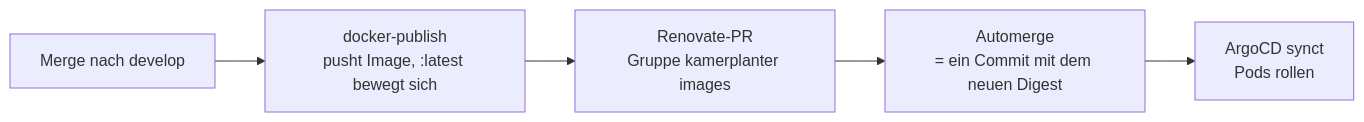
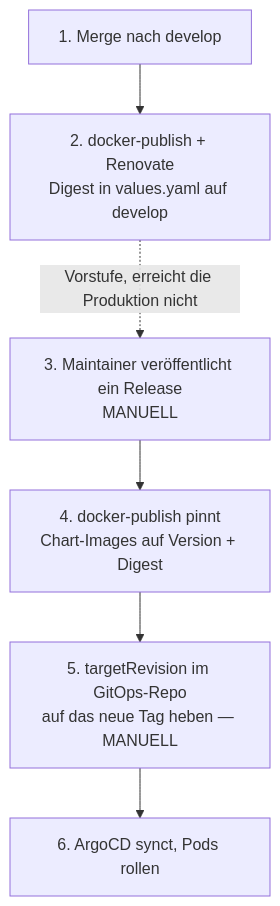
Before and after one commit to nolte/kamerplanter: the second of 2 diagrams in docs/de/deployment/ci-cd.md, drawn with Mermaid. The commit also changed other lines of this file and 5 other files, not shown here.

````diff
--- a/docs/de/deployment/ci-cd.md
+++ b/docs/de/deployment/ci-cd.md
@@ -424,7 +445,8 @@
 ```mermaid
-graph LR
-    A[Merge nach develop] --> B[docker-publish<br/>pusht Image, :latest bewegt sich]
-    B --> C[Renovate-PR<br/>Gruppe kamerplanter images]
-    C --> D[Automerge<br/>= ein Commit mit dem neuen Digest]
-    D --> E[ArgoCD synct<br/>Pods rollen]
+graph TD
+    A[1. Merge nach develop] --> B[2. docker-publish + Renovate<br/>Digest in values.yaml auf develop]
+    B -.Vorstufe, erreicht die Produktion nicht.-> C
+    C[3. Maintainer veröffentlicht ein Release<br/>MANUELL] --> D[4. docker-publish pinnt<br/>Chart-Images auf Version + Digest]
+    D --> E[5. targetRevision im GitOps-Repo<br/>auf das neue Tag heben — MANUELL]
+    E --> F[6. ArgoCD synct, Pods rollen]
 ```
````
